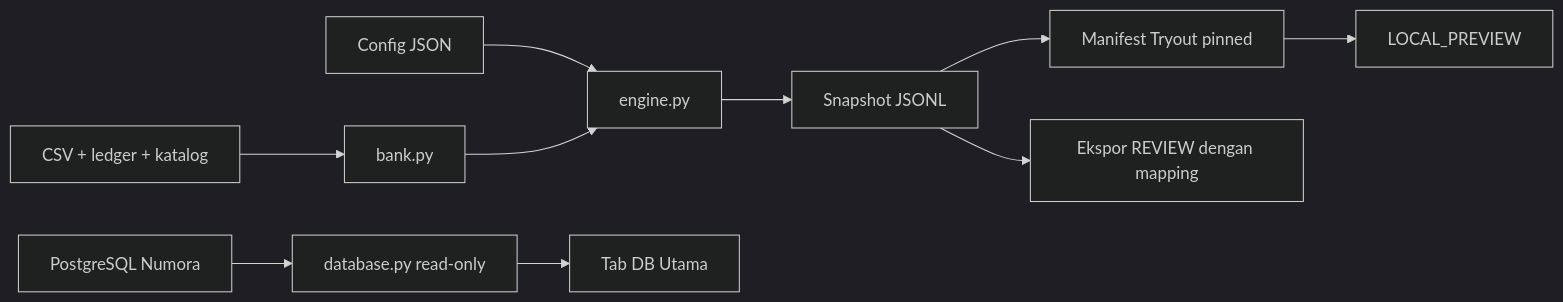
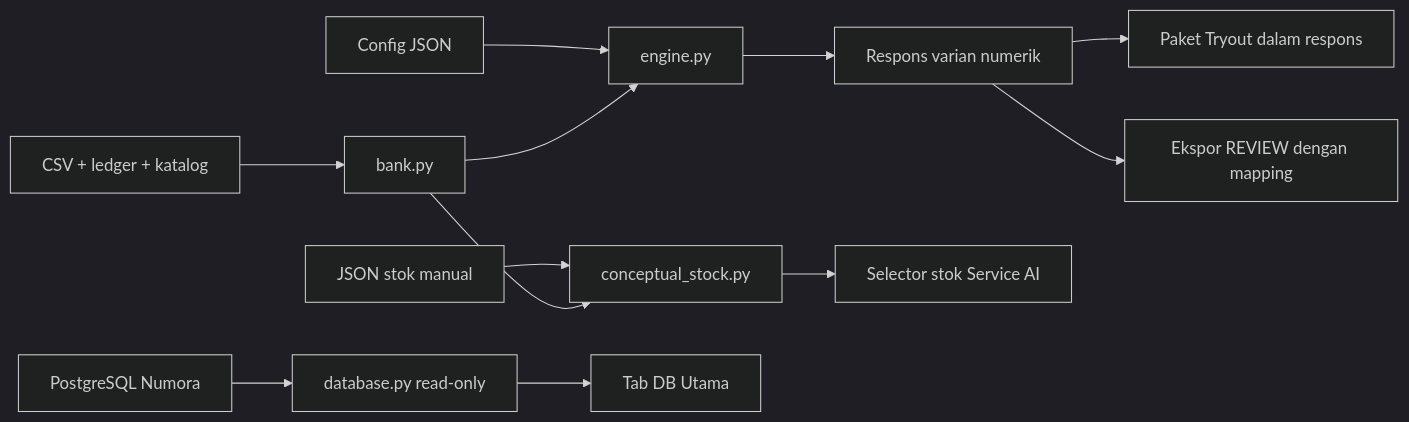
Before and after one commit to ShafwanAdhi/numora-ai-service: the diagram in docs/ARCHITECTURE.md, drawn with Mermaid (dark theme). The commit also changed other lines of this file and 18 other files, not shown here.

````diff
--- a/docs/ARCHITECTURE.md
+++ b/docs/ARCHITECTURE.md
@@ -11,12 +11,14 @@
 ```mermaid
 flowchart LR
   B[CSV + ledger + katalog] --> L[bank.py]
   C[Config JSON] --> E[engine.py]
   L --> E
-  E --> S[Snapshot JSONL]
-  S --> P[Manifest Tryout pinned]
+  E --> S[Respons varian numerik]
+  S --> P[Paket Tryout dalam respons]
   S --> X[Ekspor REVIEW dengan mapping]
-  P --> Y[LOCAL_PREVIEW]
+  K[JSON stok manual] --> V[conceptual_stock.py]
+  L --> V
+  V --> A[Selector stok Service AI]
   D[PostgreSQL Numora] --> R[database.py read-only]
   R --> U[Tab DB Utama]
 ```
````
